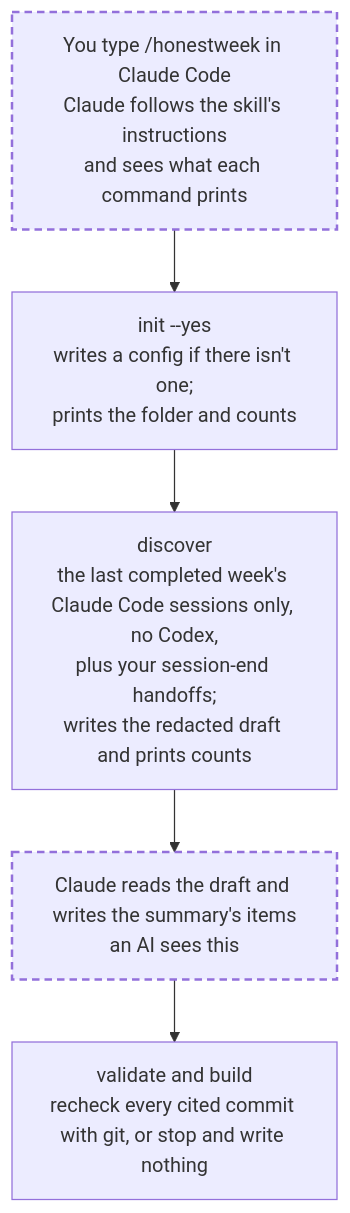
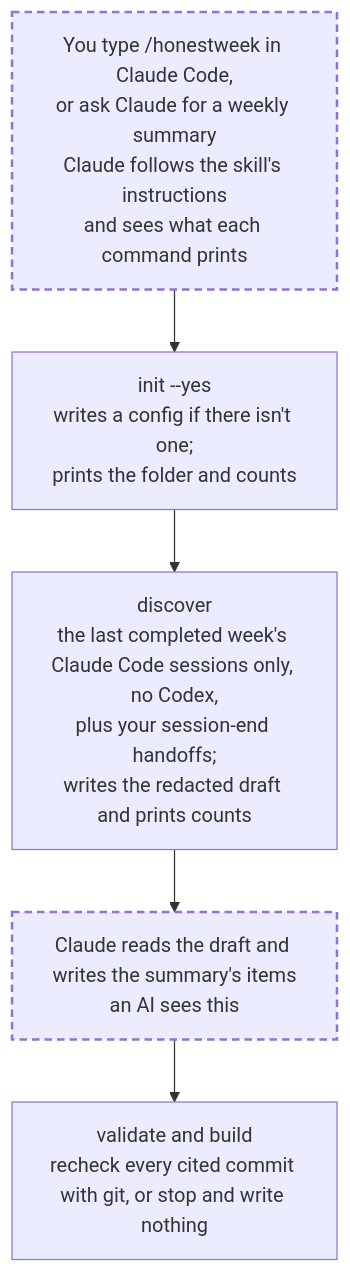
The second of 2 diagrams in docs/where-your-data-goes.md (BryceEWatson/honestweek), drawn with Mermaid before and after one commit. The commit also changed other lines of this file and 6 other files, not shown here.

First line of the commit message:
Claude can start the weekly summary when you ask for one (#190)

````diff
--- a/docs/where-your-data-goes.md
+++ b/docs/where-your-data-goes.md
@@ -51,9 +51,9 @@
 ```mermaid
 flowchart TD
-  A["You type /honestweek in Claude Code<br/>Claude follows the skill's instructions<br/>and sees what each command prints"] --> B["init --yes<br/>writes a config if there isn't one;<br/>prints the folder and counts"]
+  A["You type /honestweek in Claude Code,<br/>or ask Claude for a weekly summary<br/>Claude follows the skill's instructions<br/>and sees what each command prints"] --> B["init --yes<br/>writes a config if there isn't one;<br/>prints the folder and counts"]
   B --> C["discover<br/>the last completed week's Claude Code sessions only, no Codex,<br/>plus your session-end handoffs;<br/>writes the redacted draft and prints counts"]
   C --> D["Claude reads the draft and writes the summary's items<br/>an AI sees this"]
   D --> E["validate and build<br/>recheck every cited commit with git, or stop and write nothing"]
   classDef ai stroke-dasharray:6 4,stroke-width:2px
   class A,D ai
 ```
````
